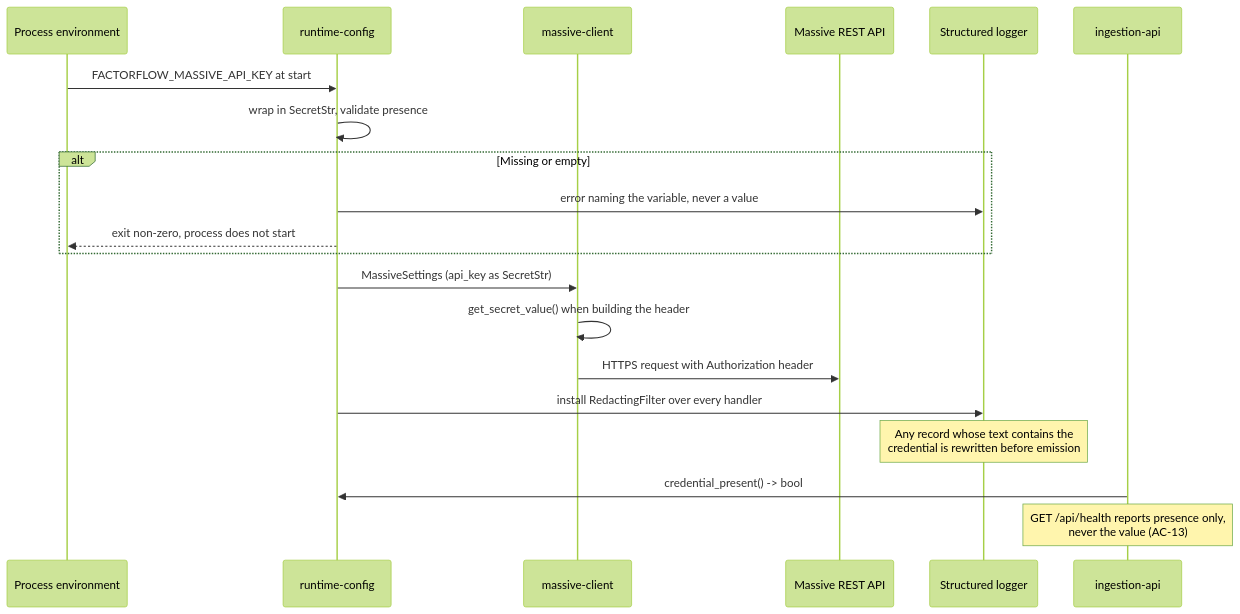
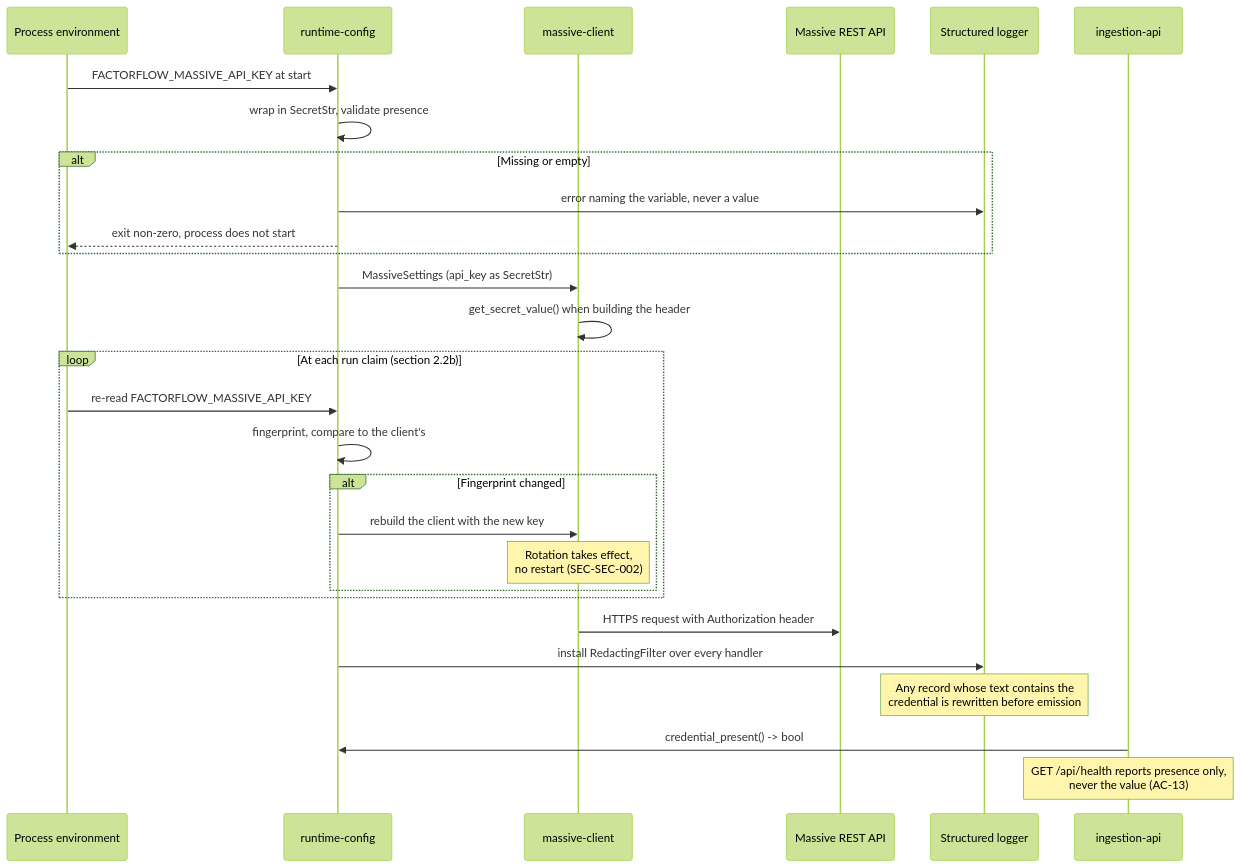
One commit to ajodraca/FactorFlow-v2 changed the diagram in docs/capabilities/CAP-001-market-data-acquisition-foundation/design/component-design-runtime-config.md. Above: the diagram before and after it, drawn with Mermaid (forest theme). The commit also changed other lines of this file and 14 other files, not shown here.

First line of the commit message:
docs(cap-001): resolve spec-review findings and adopt the official Massive client

````diff
--- a/docs/capabilities/CAP-001-market-data-acquisition-foundation/design/component-design-runtime-config.md
+++ b/docs/capabilities/CAP-001-market-data-acquisition-foundation/design/component-design-runtime-config.md
@@ -161,23 +338,31 @@
 ```mermaid
 sequenceDiagram
     participant ENV as Process environment
     participant CFG as runtime-config
     participant MC as massive-client
     participant EXT as Massive REST API
     participant LOG as Structured logger
     participant API as ingestion-api
 
     ENV->>CFG: FACTORFLOW_MASSIVE_API_KEY at start
     CFG->>CFG: wrap in SecretStr, validate presence
     alt Missing or empty
         CFG->>LOG: error naming the variable, never a value
         CFG-->>ENV: exit non-zero, process does not start
     end
     CFG->>MC: MassiveSettings (api_key as SecretStr)
     MC->>MC: get_secret_value() when building the header
+    loop At each run claim (section 2.2b)
+        ENV->>CFG: re-read FACTORFLOW_MASSIVE_API_KEY
+        CFG->>CFG: fingerprint, compare to the client's
+        alt Fingerprint changed
+            CFG->>MC: rebuild the client with the new key
+            Note over MC: Rotation takes effect,<br/>no restart (SEC-SEC-002)
+        end
+    end
     MC->>EXT: HTTPS request with Authorization header
     CFG->>LOG: install RedactingFilter over every handler
     Note over LOG: Any record whose text contains the<br/>credential is rewritten before emission
     API->>CFG: credential_present() -> bool
     Note over API: GET /api/health reports presence only,<br/>never the value (AC-13)
 ```
````
